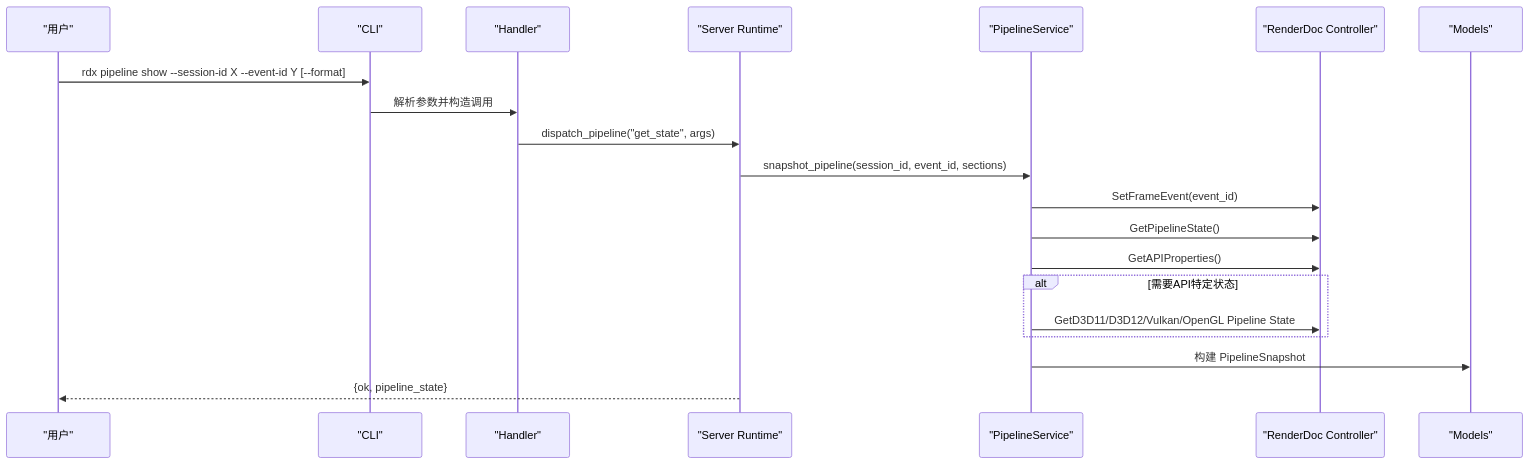
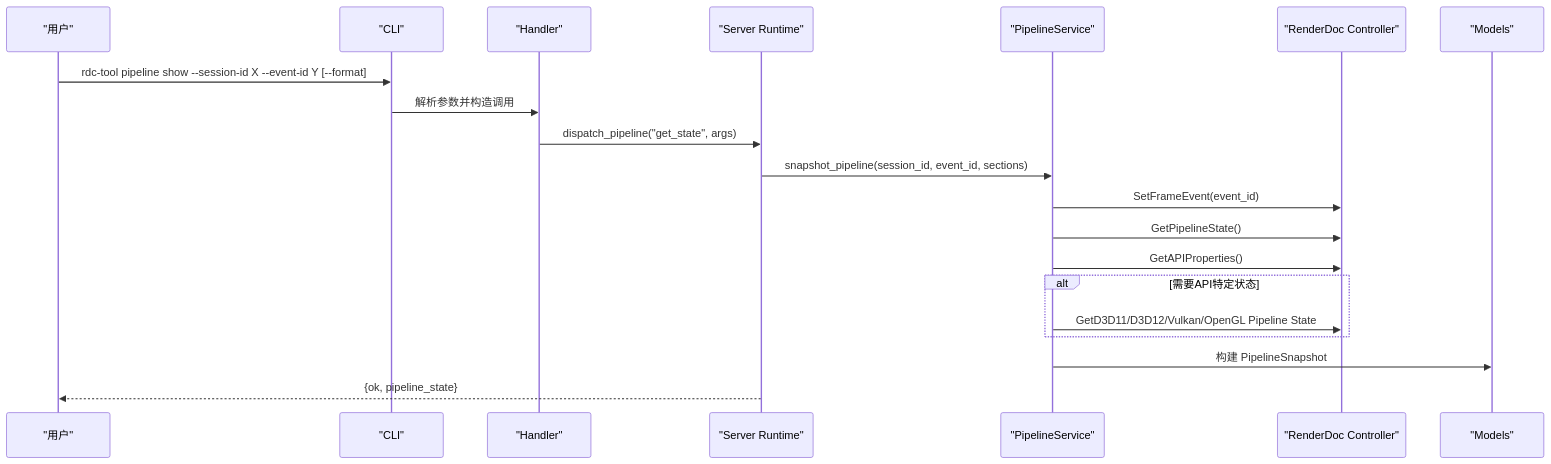
One commit to haolange/RDC-Tool changed the second of 5 diagrams in .qoder/repowiki/zh/content/CLI参考手册/管线状态命令.md. Above: the diagram before and after it, drawn with Mermaid. The commit also changed other lines of this file and 388 other files, not shown here.

First line of the commit message:
Release RDC-Tool identity and public maintenance surface

````diff
--- a/.qoder/repowiki/zh/content/CLI参考手册/管线状态命令.md
+++ b/.qoder/repowiki/zh/content/CLI参考手册/管线状态命令.md
@@ -71,22 +71,22 @@
 ```mermaid
 sequenceDiagram
 participant U as "用户"
 participant CLI as "CLI"
 participant H as "Handler"
 participant SR as "Server Runtime"
 participant PS as "PipelineService"
 participant RD as "RenderDoc Controller"
 participant M as "Models"
-U->>CLI : rdx pipeline show --session-id X --event-id Y [--format]
+U->>CLI : rdc-tool pipeline show --session-id X --event-id Y [--format]
 CLI->>H : 解析参数并构造调用
 H->>SR : dispatch_pipeline("get_state", args)
 SR->>PS : snapshot_pipeline(session_id, event_id, sections)
 PS->>RD : SetFrameEvent(event_id)
 PS->>RD : GetPipelineState()
 PS->>RD : GetAPIProperties()
 alt 需要API特定状态
 PS->>RD : GetD3D11/D3D12/Vulkan/OpenGL Pipeline State
 end
 PS->>M : 构建 PipelineSnapshot
 SR-->>U : {ok, pipeline_state}
 ```
````
